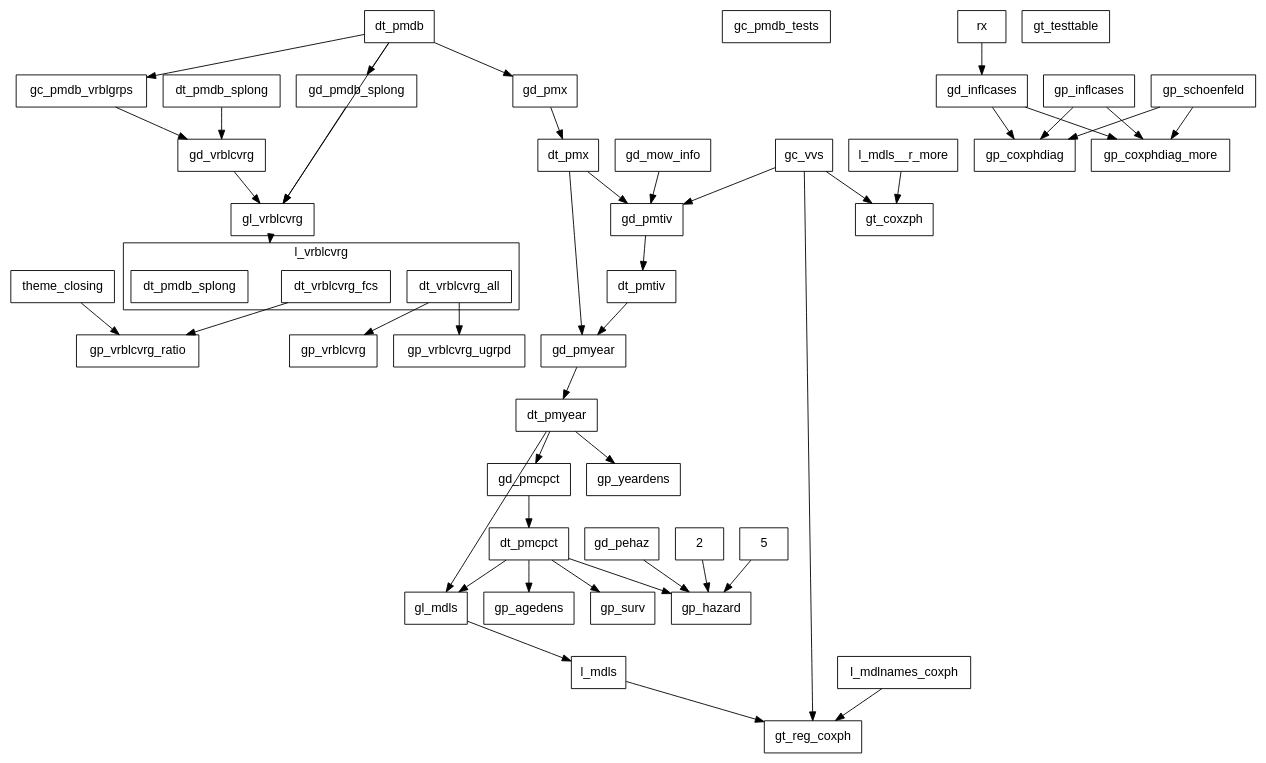
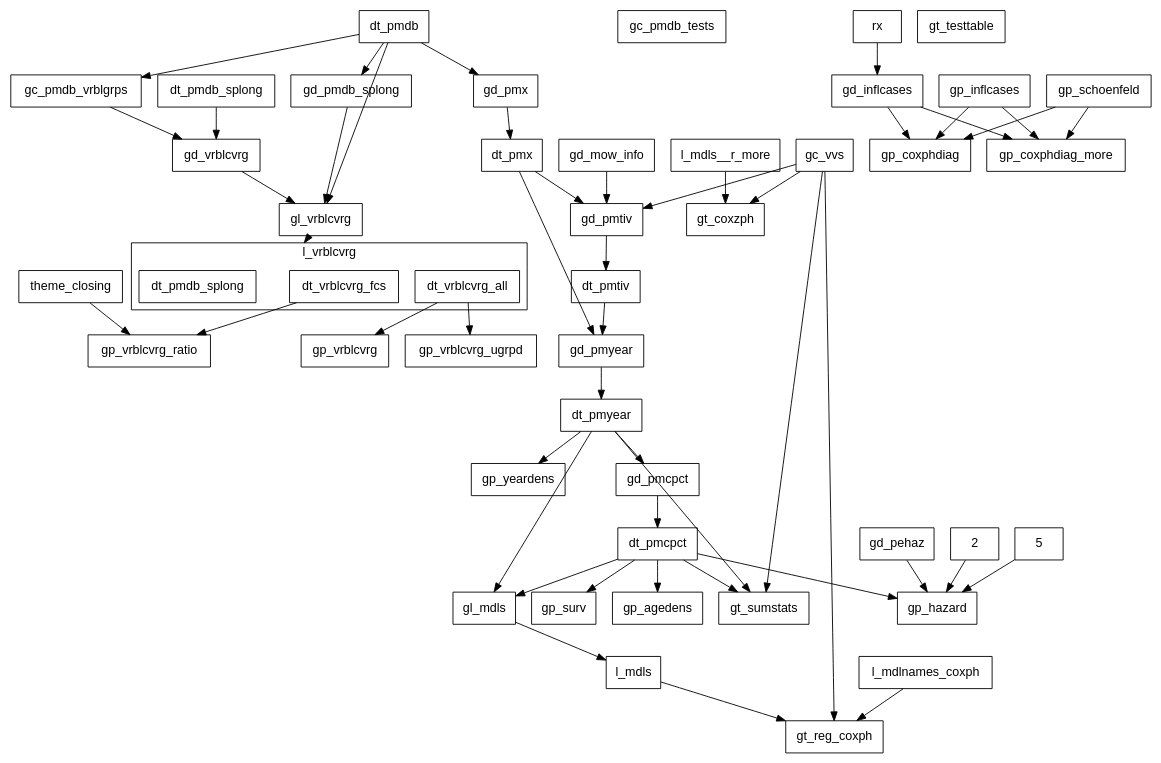
Before and after one commit to swhalemwo/pm_closing: the diagram in misc/callgraph2.dot, drawn with Graphviz. The commit also changed 5 other files, not shown here.

```diff
--- a/misc/callgraph2.dot
+++ b/misc/callgraph2.dot
@@ -1,99 +1,103 @@
 digraph D {
  compound = true;
  splines = false; fontname=helvetica;
  node [shape=box, fontsize = 14, fontname=helvetica];
  edge [style = solid];
  
  subgraph cluster_l_vrblcvrg {
  label = "l_vrblcvrg";
  l_vrblcvrg__dt_vrblcvrg_all [label=dt_vrblcvrg_all]; 
 l_vrblcvrg__dt_vrblcvrg_fcs [label=dt_vrblcvrg_fcs]; 
 l_vrblcvrg [label = "", color=transparent, width=0, height=0]; 
 l_vrblcvrg__dt_pmdb_splong [label=dt_pmdb_splong] 
 } 
  gc_pmdb_tests; 
 gc_pmdb_vrblgrps; 
 gc_vvs; 
 gd_inflcases; 
 gd_mow_info; 
 gd_pehaz; 
 gd_pmcpct; 
 gd_pmdb_splong; 
 gd_pmtiv; 
 gd_pmx; 
 gd_pmyear; 
 gd_vrblcvrg; 
 gl_mdls; 
 gl_vrblcvrg; 
 gp_agedens; 
 gp_coxphdiag; 
 gp_coxphdiag_more; 
 gp_hazard; 
 gp_inflcases; 
 gp_schoenfeld; 
 gp_surv; 
 gp_vrblcvrg; 
 gp_vrblcvrg_ratio; 
 gp_vrblcvrg_ugrpd; 
 gp_yeardens; 
 gt_coxzph; 
 gt_reg_coxph; 
+gt_sumstats; 
 gt_testtable; 
 theme_closing; 
 dt_pmdb; 
 dt_pmdb_splong; 
 dt_pmx; 
 dt_pmtiv; 
 dt_pmyear; 
 dt_pmcpct; 
 2; 
 5; 
 rx; 
 l_mdls__r_more; 
 l_mdls; 
 l_mdlnames_coxph 
  2 -> gp_hazard; 
 5 -> gp_hazard; 
 dt_pmcpct -> gl_mdls; 
 dt_pmcpct -> gp_agedens; 
 dt_pmcpct -> gp_hazard; 
 dt_pmcpct -> gp_surv; 
+dt_pmcpct -> gt_sumstats; 
 dt_pmdb -> gc_pmdb_vrblgrps; 
 dt_pmdb -> gd_pmdb_splong; 
 dt_pmdb -> gd_pmx; 
 dt_pmdb -> gl_vrblcvrg; 
 dt_pmdb_splong -> gd_vrblcvrg; 
 dt_pmtiv -> gd_pmyear; 
 dt_pmx -> gd_pmtiv; 
 dt_pmx -> gd_pmyear; 
 dt_pmyear -> gd_pmcpct; 
 dt_pmyear -> gl_mdls; 
 dt_pmyear -> gp_yeardens; 
+dt_pmyear -> gt_sumstats; 
 gc_pmdb_vrblgrps -> gd_vrblcvrg; 
 gc_vvs -> gd_pmtiv; 
 gc_vvs -> gt_coxzph; 
 gc_vvs -> gt_reg_coxph; 
+gc_vvs -> gt_sumstats; 
 gd_inflcases -> gp_coxphdiag; 
 gd_inflcases -> gp_coxphdiag_more; 
 gd_mow_info -> gd_pmtiv; 
 gd_pehaz -> gp_hazard; 
 gd_pmcpct -> dt_pmcpct; 
 gd_pmdb_splong -> gl_vrblcvrg; 
 gd_pmtiv -> dt_pmtiv; 
 gd_pmx -> dt_pmx; 
 gd_pmyear -> dt_pmyear; 
 gd_vrblcvrg -> gl_vrblcvrg; 
 gl_mdls -> l_mdls; 
 gl_vrblcvrg -> l_vrblcvrg[lhead=cluster_l_vrblcvrg,ltail=gl_vrblcvrg]; 
 gp_inflcases -> gp_coxphdiag; 
 gp_inflcases -> gp_coxphdiag_more; 
 gp_schoenfeld -> gp_coxphdiag; 
 gp_schoenfeld -> gp_coxphdiag_more; 
 l_mdlnames_coxph -> gt_reg_coxph; 
 l_mdls -> gt_reg_coxph; 
 l_mdls__r_more -> gt_coxzph; 
 l_vrblcvrg__dt_vrblcvrg_all -> gp_vrblcvrg; 
 l_vrblcvrg__dt_vrblcvrg_all -> gp_vrblcvrg_ugrpd; 
 l_vrblcvrg__dt_vrblcvrg_fcs -> gp_vrblcvrg_ratio; 
 rx -> gd_inflcases; 
 theme_closing -> gp_vrblcvrg_ratio }
```
